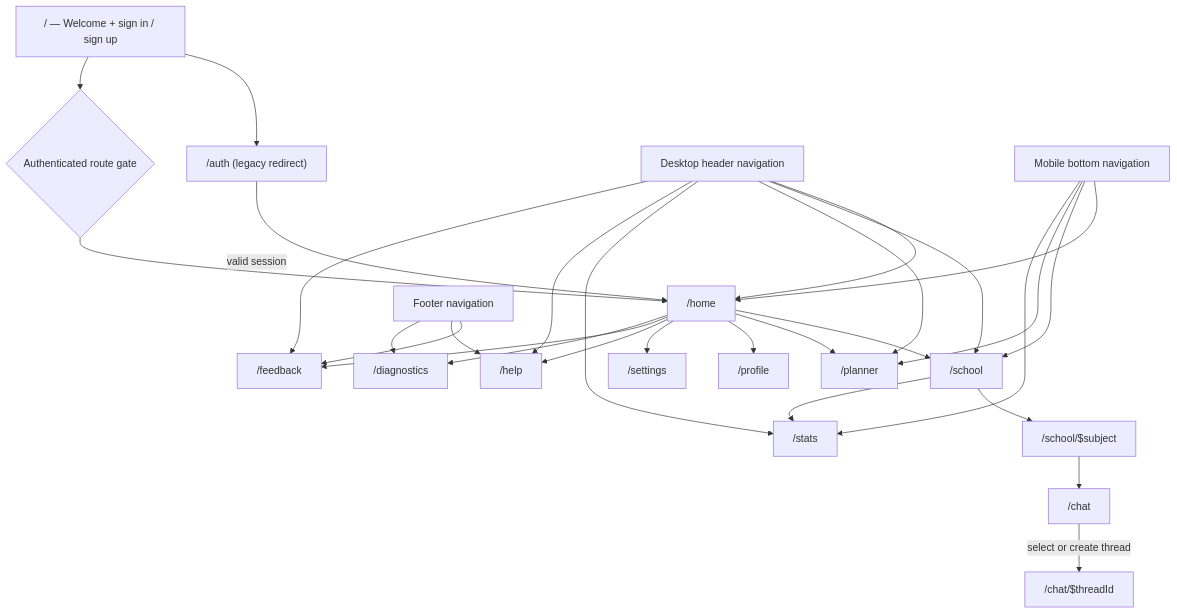
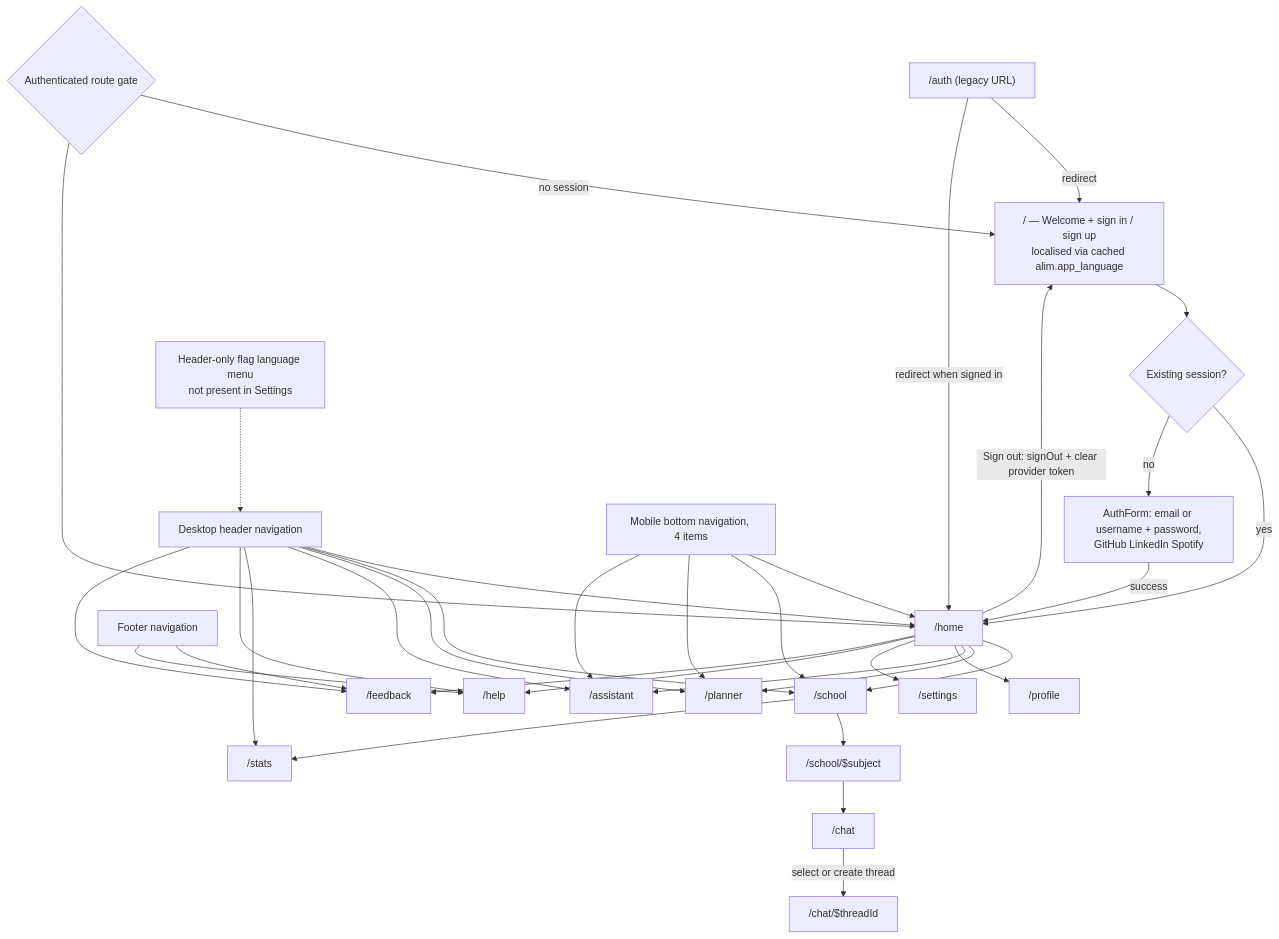
One commit to keyshavmor/study-swiss-star changed the second of 20 diagrams in docs/FULL_APP_WIREFRAMES.md. Above: the diagram before and after it, drawn with Mermaid. The commit also changed other lines of this file and 140 other files, not shown here.

````diff
--- a/docs/FULL_APP_WIREFRAMES.md
+++ b/docs/FULL_APP_WIREFRAMES.md
@@ -58,31 +67,37 @@
 ```mermaid
 flowchart TD
-  Root["/ — Welcome + sign in / sign up"] --> Auth["/auth (legacy redirect)"]
-  Root --> Protected{Authenticated route gate}
-  Auth -->|valid session| Home["/home"]
+  Root["/ — Welcome + sign in / sign up\nlocalised via cached alim.app_language"] --> SignedIn{Existing session?}
+  SignedIn -->|yes| Home["/home"]
+  SignedIn -->|no| AuthForm[AuthForm: email or username + password,\nGitHub LinkedIn Spotify]
+  AuthForm -->|success| Home
+  Auth["/auth (legacy URL)"] -->|redirect| Root
+  Auth -->|redirect when signed in| Home
+  Protected{Authenticated route gate} -->|no session| Root
   Protected --> Home
+  Home -->|Sign out: signOut + clear provider token| Root
   Home --> School["/school"]
   Home --> Planner["/planner"]
   School --> Subject["/school/$subject"]
   School --> Stats["/stats"]
   Subject --> ChatEntry["/chat"]
   ChatEntry -->|select or create thread| Thread["/chat/$threadId"]
+  Home --> Assistant["/assistant"]
   Home --> Profile["/profile"]
   Home --> Settings["/settings"]
   Home --> Help["/help"]
   Home --> Feedback["/feedback"]
-  Home --> Diagnostics["/diagnostics"]
   Header[Desktop header navigation] --> Home
   Header --> School
   Header --> Planner
+  Header --> Assistant
   Header --> Stats
   Header --> Help
   Header --> Feedback
-  Mobile[Mobile bottom navigation] --> Home
+  HeaderLang[Header-only flag language menu\nnot present in Settings] -.-> Header
+  Mobile[Mobile bottom navigation, 4 items] --> Home
   Mobile --> School
   Mobile --> Planner
-  Mobile --> Stats
+  Mobile --> Assistant
   Footer[Footer navigation] --> Feedback
   Footer --> Help
-  Footer --> Diagnostics
 ```
````
